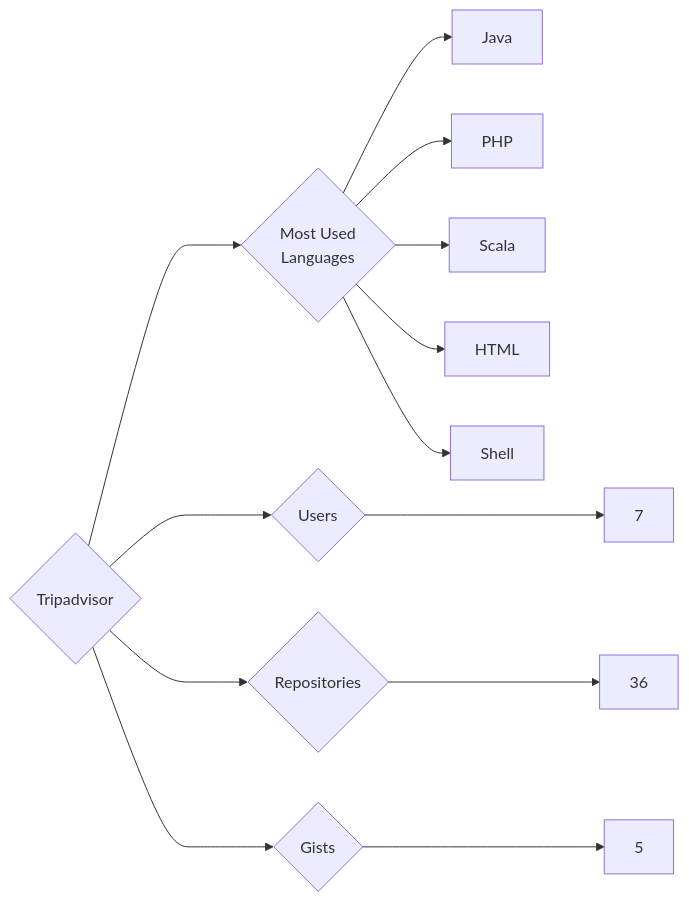
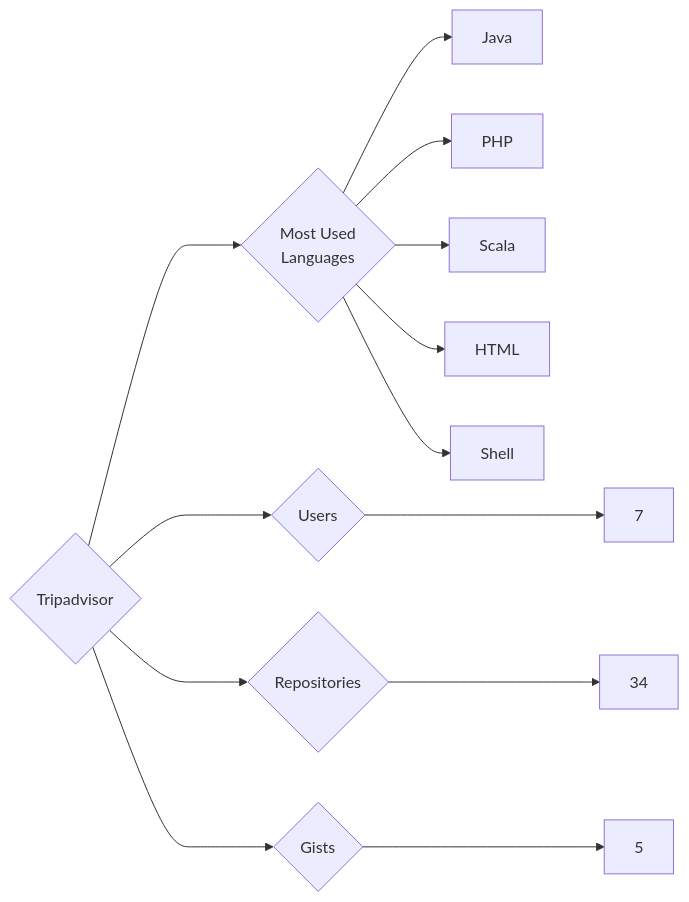
The diagram in targets/Tripadvisor/README.md (trickest/insiders), drawn with Mermaid before and after one commit. The commit also changed 1389 other files, not shown here.

````diff
--- a/targets/Tripadvisor/README.md
+++ b/targets/Tripadvisor/README.md
@@ -3,13 +3,13 @@
 ```mermaid
 graph LR
 COMPANY_NAME{Tripadvisor}
 COMPANY_NAME ---> U{Users} ---> UN[7]
-COMPANY_NAME ---> R{Repositories} ---> RN[36]
+COMPANY_NAME ---> R{Repositories} ---> RN[34]
 COMPANY_NAME ---> G{Gists} ---> GN[5]
 COMPANY_NAME ---> ML{Most Used<br>Languages}
 ML --> Java[Java]
 ML --> PHP[PHP]
 ML --> Scala[Scala]
 ML --> HTML[HTML]
 ML --> Shell[Shell]
 ```
````
